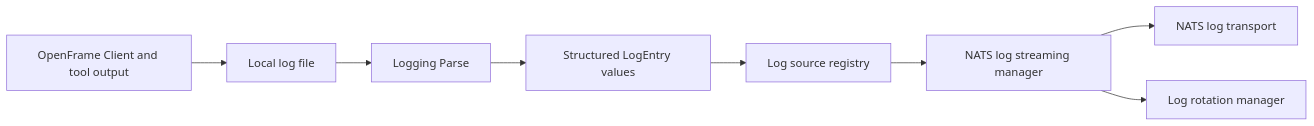
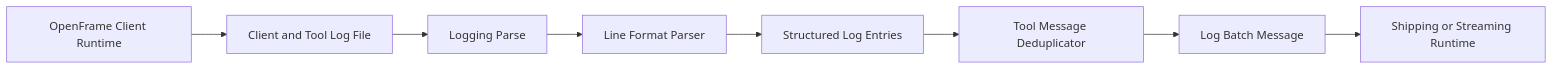
Before and after one commit to flamingo-stack/openframe-oss-tenant: the first of 5 diagrams in docs/reference/architecture/openframe-client-core/logging-parse/logging-parse.md, drawn with Mermaid. The commit also changed other lines of this file and 2377 other files, not shown here.

````diff
--- a/docs/reference/architecture/openframe-client-core/logging-parse/logging-parse.md
+++ b/docs/reference/architecture/openframe-client-core/logging-parse/logging-parse.md
@@ -19,10 +20,10 @@
 ```mermaid
 flowchart LR
-    AgentOutput["OpenFrame Client and tool output"] --> LogFile["Local log file"]
-    LogFile --> Parser["Logging Parse"]
-    Parser --> Entries["Structured LogEntry values"]
-    Entries --> Sources["Log source registry"]
-    Sources --> Streamer["NATS log streaming manager"]
-    Streamer --> Nats["NATS log transport"]
-    Streamer --> Rotation["Log rotation manager"]
+    Runtime["OpenFrame Client Runtime"] --> Writer["Client and Tool Log File"]
+    Writer --> Reader["Logging Parse"]
+    Reader --> Parser["Line Format Parser"]
+    Parser --> Entries["Structured Log Entries"]
+    Entries --> Dedup["Tool Message Deduplicator"]
+    Dedup --> Batch["Log Batch Message"]
+    Batch --> Downstream["Shipping or Streaming Runtime"]
 ```
````
